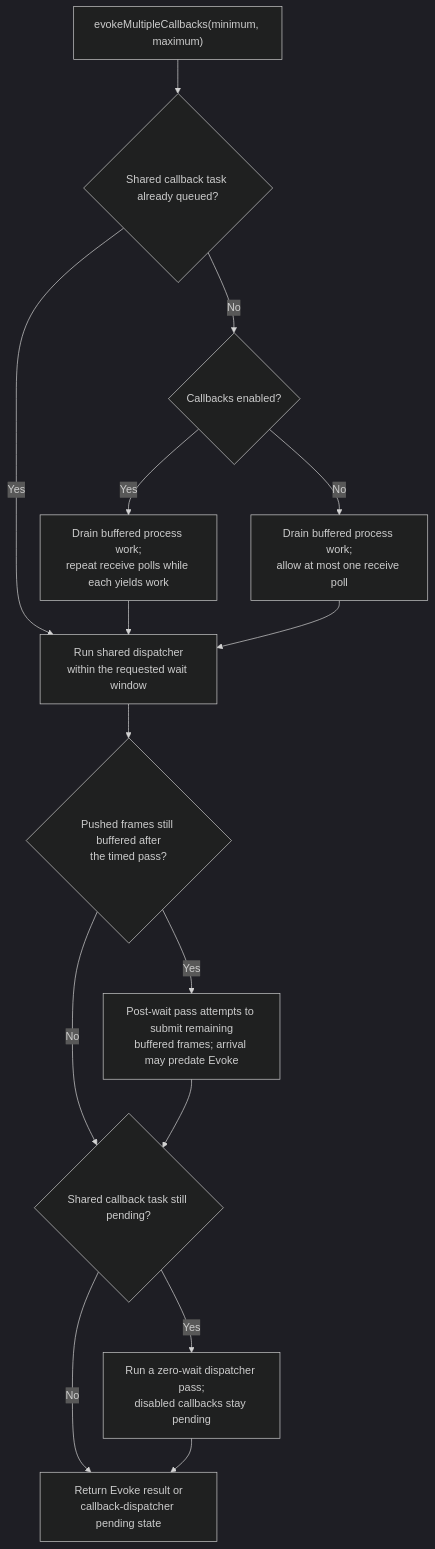
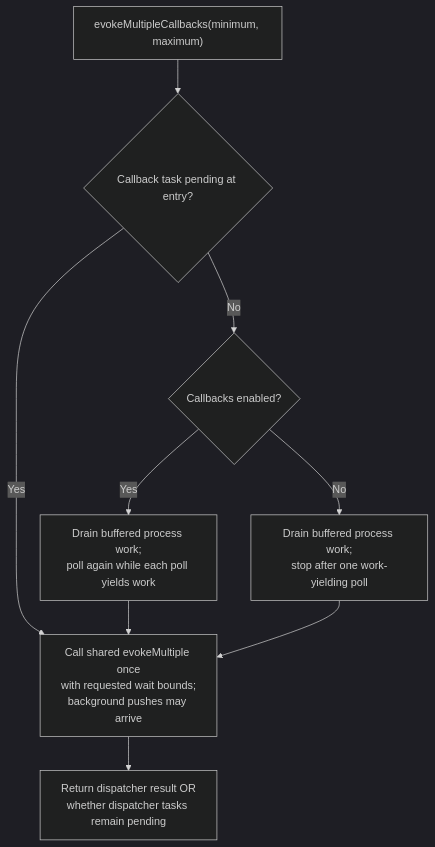
Before and after one commit to sheepfling/umbra: the seventh of 26 diagrams in docs/design/HLA-2025-CALLBACK-AND-SERVICE-ORDERING-FLOW-GUIDE.md, drawn with Mermaid (dark theme). The commit also changed other lines of this file and 36 other files, not shown here.

````diff
--- a/docs/design/HLA-2025-CALLBACK-AND-SERVICE-ORDERING-FLOW-GUIDE.md
+++ b/docs/design/HLA-2025-CALLBACK-AND-SERVICE-ORDERING-FLOW-GUIDE.md
@@ -500,17 +507,11 @@
 ```mermaid
 flowchart TD
-  Start["evokeMultipleCallbacks(minimum, maximum)"] --> Queued{"Shared callback task already queued?"}
-  Queued -->|Yes| Timed["Run shared dispatcher<br/>within the requested wait window"]
+  Start["evokeMultipleCallbacks(minimum, maximum)"] --> Queued{"Callback task pending at entry?"}
+  Queued -->|Yes| Timed["Call shared evokeMultiple once<br/>with requested wait bounds;<br/>background pushes may arrive"]
   Queued -->|No| Enabled{"Callbacks enabled?"}
-  Enabled -->|Yes| PumpAll["Drain buffered process work;<br/>repeat receive polls while each yields work"]
-  Enabled -->|No| PumpOne["Drain buffered process work;<br/>allow at most one receive poll"]
+  Enabled -->|Yes| PumpAll["Drain buffered process work;<br/>poll again while each poll yields work"]
+  Enabled -->|No| PumpOne["Drain buffered process work;<br/>stop after one work-yielding poll"]
   PumpAll --> Timed
   PumpOne --> Timed
-  Timed --> Push{"Pushed frames still buffered after<br/>the timed pass?"}
-  Push -->|No| Pending{"Shared callback task still pending?"}
-  Push -->|Yes| PostWait["Post-wait pass attempts to submit remaining<br/>buffered frames; arrival may predate Evoke"]
-  PostWait --> Pending
-  Pending -->|No| Return["Return Evoke result or<br/>callback-dispatcher pending state"]
-  Pending -->|Yes| Zero["Run a zero-wait dispatcher pass;<br/>disabled callbacks stay pending"]
-  Zero --> Return
+  Timed --> Return["Return dispatcher result OR<br/>whether dispatcher tasks remain pending"]
 ```
````
